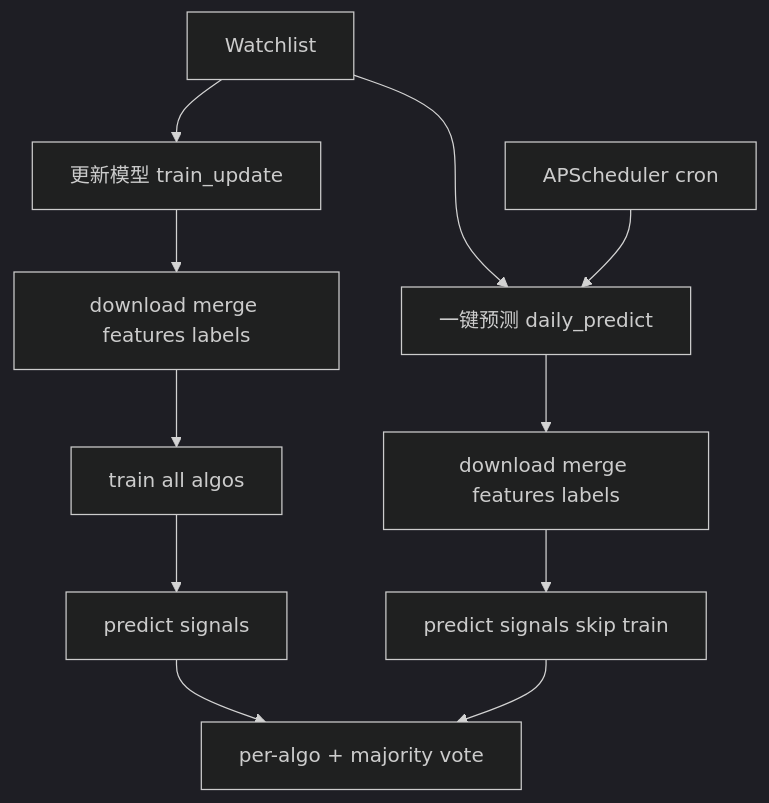
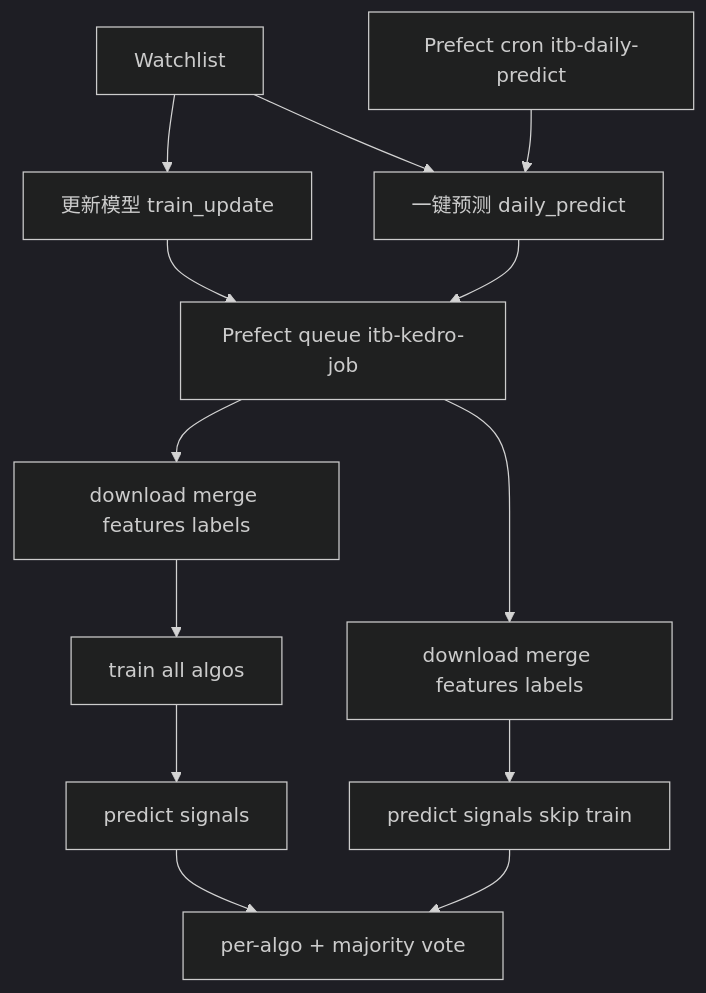
The diagram in docs/ashare.md (fanqingsong/intelligent-trading-bot), drawn with Mermaid (dark theme) before and after one commit. The commit also changed other lines of this file and 60 other files, not shown here.

First line of the commit message:
Add Prefect orchestration, train-all, and A-share pipeline upgrades.

````diff
--- a/docs/ashare.md
+++ b/docs/ashare.md
@@ -39,13 +39,15 @@
 ```mermaid
 flowchart TD
   WL[Watchlist] --> Train[更新模型 train_update]
   WL --> Pred[一键预测 daily_predict]
-  Sched[APScheduler cron] --> Pred
-  Train --> DL1[download merge features labels]
+  Sched[Prefect cron itb-daily-predict] --> Pred
+  Train --> Pref[Prefect queue itb-kedro-job]
+  Pred --> Pref
+  Pref --> DL1[download merge features labels]
   DL1 --> TR[train all algos]
   TR --> PR1[predict signals]
-  Pred --> DL2[download merge features labels]
+  Pref --> DL2[download merge features labels]
   DL2 --> PR2[predict signals skip train]
   PR1 --> Vote[per-algo + majority vote]
   PR2 --> Vote
 ```
````
